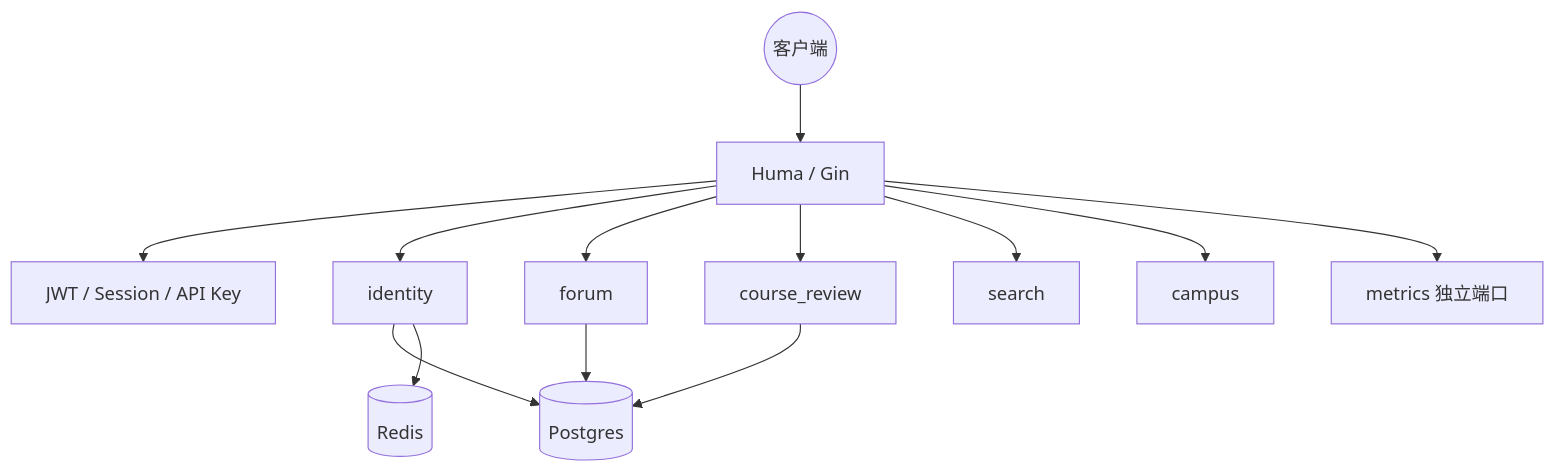
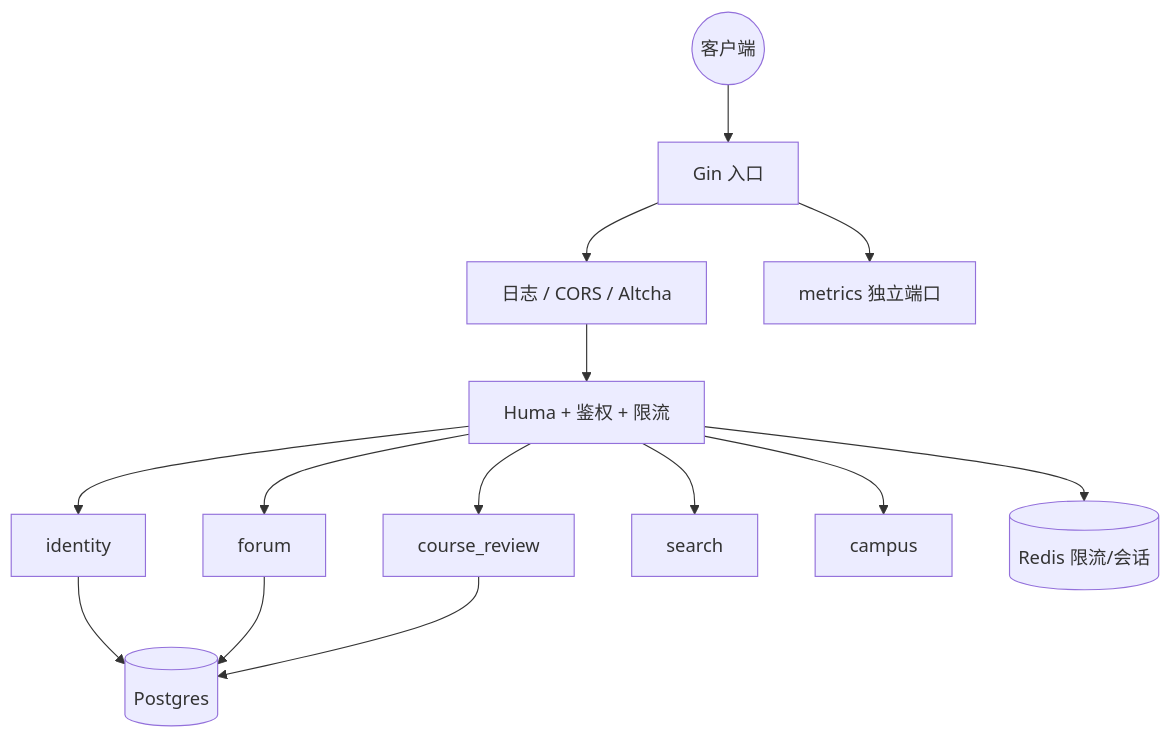
Before and after one commit to ClosedWHU/Luotopia-Docs: the diagram in server-docs/architecture/overview.md, drawn with Mermaid. The commit also changed other lines of this file and 17 other files, not shown here.

````diff
--- a/server-docs/architecture/overview.md
+++ b/server-docs/architecture/overview.md
@@ -19,15 +19,16 @@
 ```mermaid
 graph TD
-    User((客户端)) --> API["Huma / Gin"]
-    API --> Auth[JWT / Session / API Key]
-    API --> Identity[identity]
-    API --> Forum[forum]
-    API --> Course[course_review]
-    API --> Search[search]
-    API --> Campus[campus]
+    User((客户端)) --> Gin[Gin 入口]
+    Gin --> MW[日志 / CORS / Altcha]
+    MW --> Huma[Huma + 鉴权 + 限流]
+    Huma --> Identity[identity]
+    Huma --> Forum[forum]
+    Huma --> Course[course_review]
+    Huma --> Search[search]
+    Huma --> Campus[campus]
     Identity --> PG[(Postgres)]
     Forum --> PG
     Course --> PG
-    Identity --> Redis[(Redis)]
-    API --> Metrics[metrics 独立端口]
+    Huma --> Redis[(Redis 限流/会话)]
+    Gin --> Metrics[metrics 独立端口]
 ```
````
